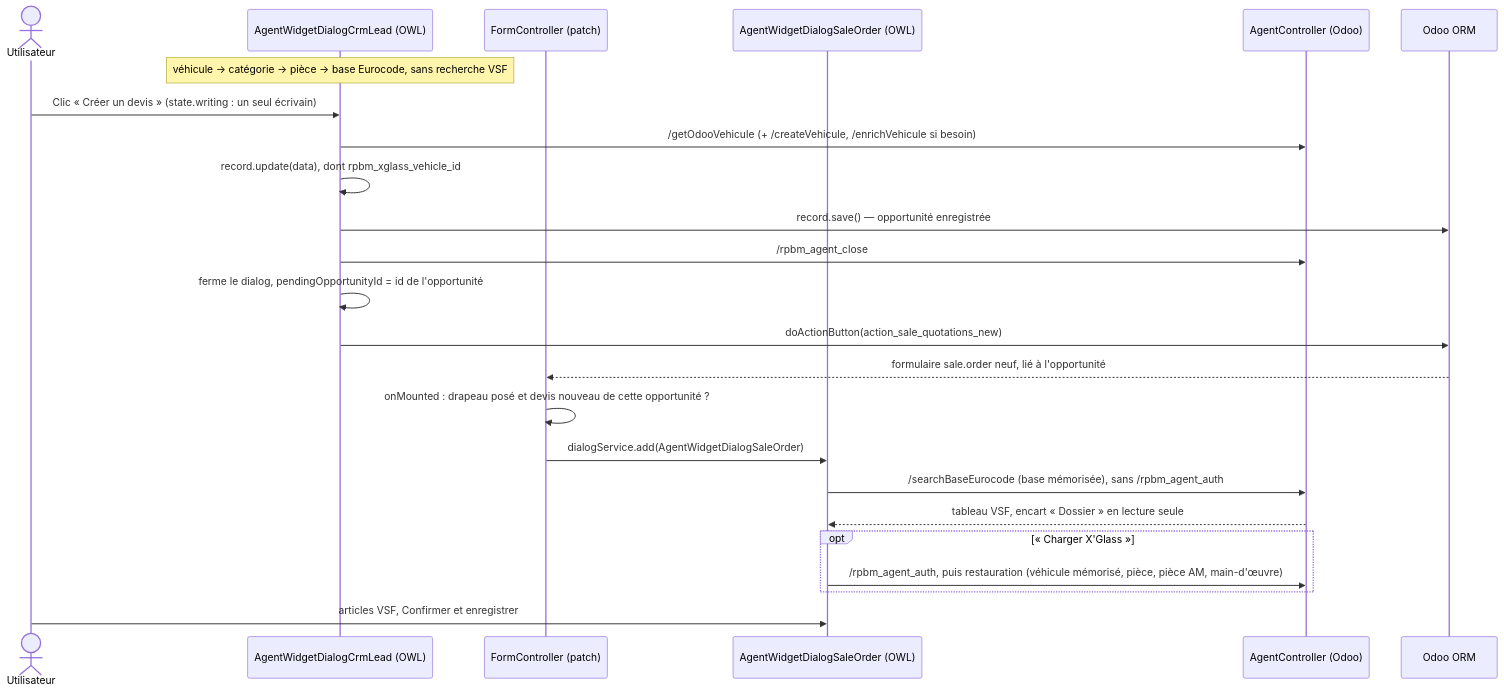
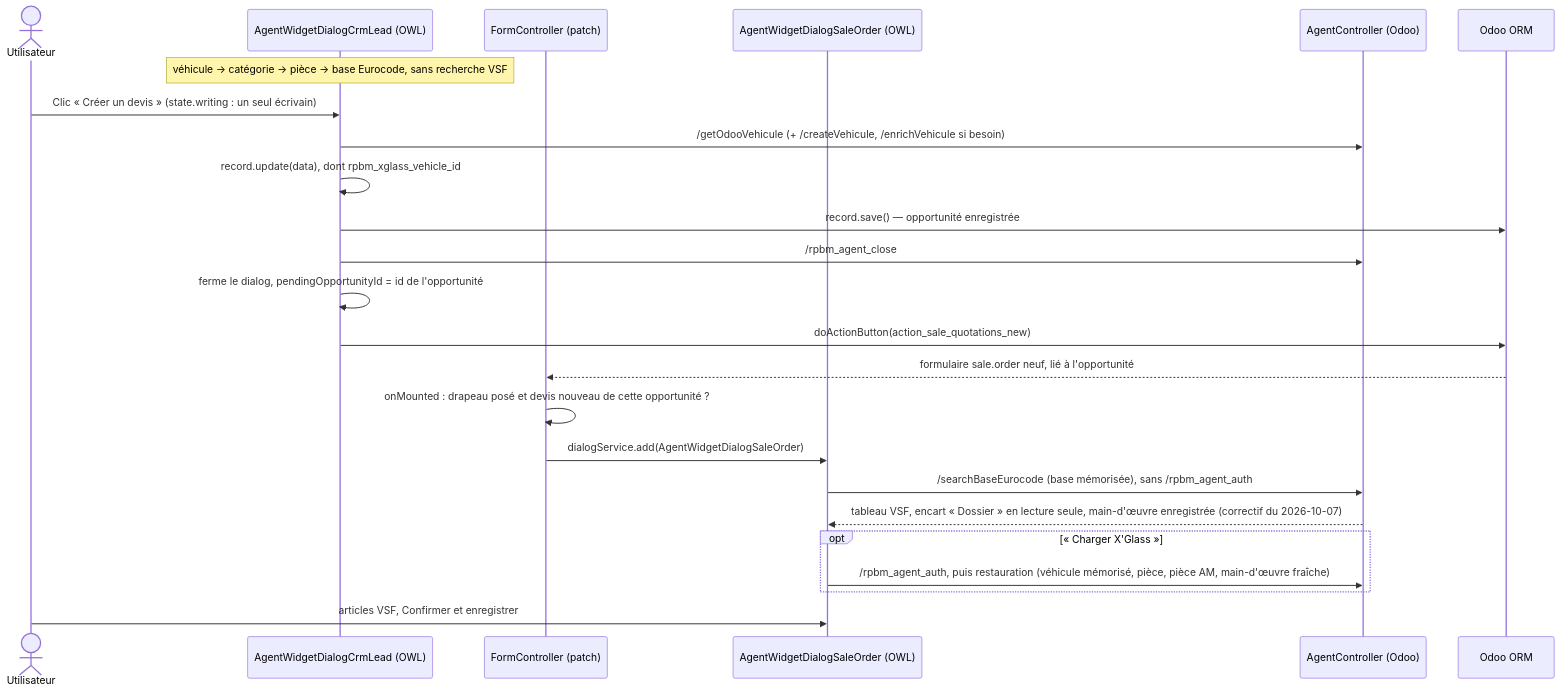
One commit to rpbmSdk/rpbm changed the third of 3 diagrams in rpbm_agent/docs/technique/architecture.md. Above: the diagram before and after it, drawn with Mermaid. The commit also changed 14 other files, not shown here.

First line of the commit message:
docs(rpbm_agent): documenter la main-d'oeuvre enregistree a l'opportunite et proposee sur le devis (R30, 17.0.261007.1)

````diff
--- a/rpbm_agent/docs/technique/architecture.md
+++ b/rpbm_agent/docs/technique/architecture.md
@@ -130,27 +130,27 @@
 ```mermaid
 sequenceDiagram
     actor U as Utilisateur
     participant OPP as AgentWidgetDialogCrmLead (OWL)
     participant FC as FormController (patch)
     participant SO as AgentWidgetDialogSaleOrder (OWL)
     participant BE as AgentController (Odoo)
     participant ORM as Odoo ORM
 
     Note over OPP: véhicule → catégorie → pièce → base Eurocode, sans recherche VSF
     U->>OPP: Clic « Créer un devis » (state.writing : un seul écrivain)
     OPP->>BE: /getOdooVehicule (+ /createVehicule, /enrichVehicule si besoin)
     OPP->>OPP: record.update(data), dont rpbm_xglass_vehicle_id
     OPP->>ORM: record.save() — opportunité enregistrée
     OPP->>BE: /rpbm_agent_close
     OPP->>OPP: ferme le dialog, pendingOpportunityId = id de l'opportunité
     OPP->>ORM: doActionButton(action_sale_quotations_new)
     ORM-->>FC: formulaire sale.order neuf, lié à l'opportunité
     FC->>FC: onMounted : drapeau posé et devis nouveau de cette opportunité ?
     FC->>SO: dialogService.add(AgentWidgetDialogSaleOrder)
     SO->>BE: /searchBaseEurocode (base mémorisée), sans /rpbm_agent_auth
-    BE-->>SO: tableau VSF, encart « Dossier » en lecture seule
+    BE-->>SO: tableau VSF, encart « Dossier » en lecture seule, main-d'œuvre enregistrée (correctif du 2026-10-07)
     opt « Charger X'Glass »
-        SO->>BE: /rpbm_agent_auth, puis restauration (véhicule mémorisé, pièce, pièce AM, main-d'œuvre)
+        SO->>BE: /rpbm_agent_auth, puis restauration (véhicule mémorisé, pièce, pièce AM, main-d'œuvre fraîche)
     end
     U->>SO: articles VSF, Confirmer et enregistrer
 ```
````
